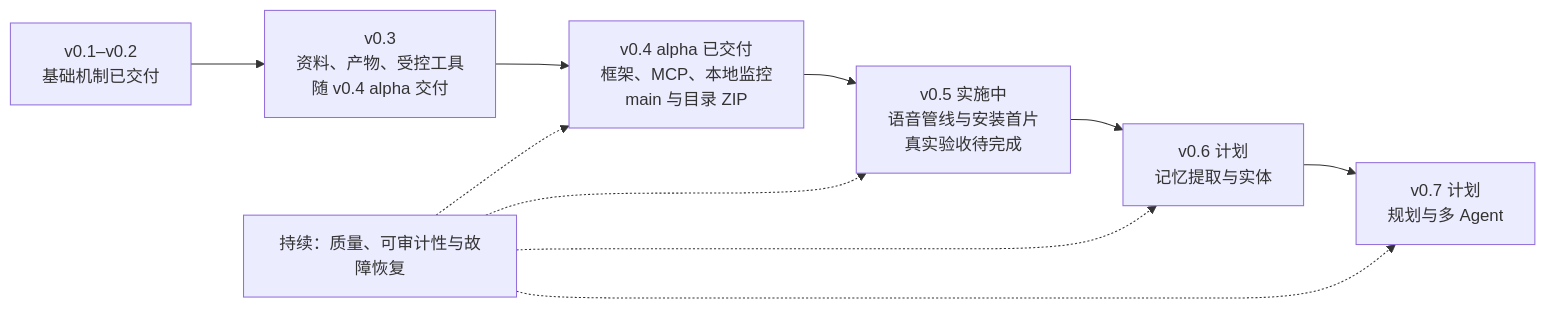
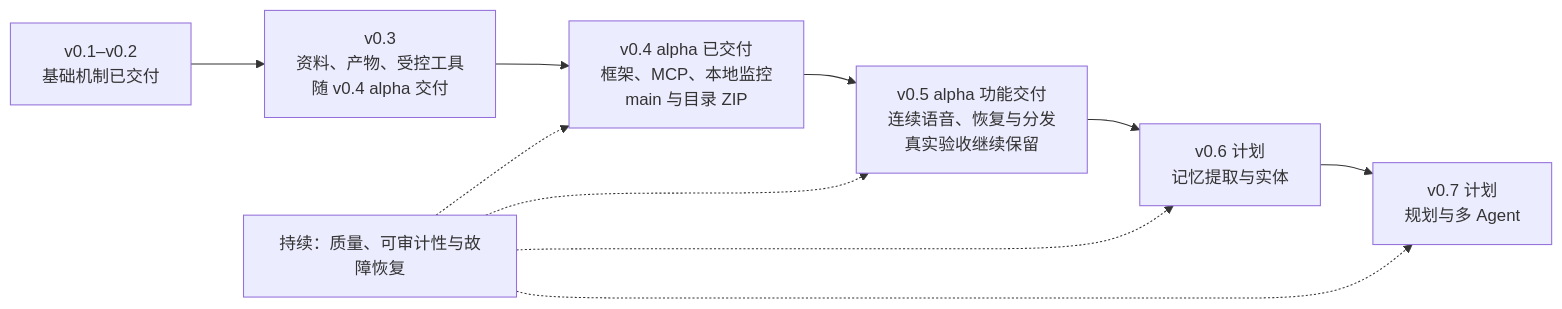
Before and after one commit to MuzeAnisichael/GreatSage: the diagram in docs/roadmap.md, drawn with Mermaid. The commit also changed other lines of this file and 9 other files, not shown here.

````diff
--- a/docs/roadmap.md
+++ b/docs/roadmap.md
@@ -17,12 +17,12 @@
 ```mermaid
 flowchart LR
     A["v0.1–v0.2<br/>基础机制已交付"] --> B["v0.3<br/>资料、产物、受控工具<br/>随 v0.4 alpha 交付"]
     B --> C["v0.4 alpha 已交付<br/>框架、MCP、本地监控<br/>main 与目录 ZIP"]
-    C --> D["v0.5 实施中<br/>语音管线与安装首片<br/>真实验收待完成"]
+    C --> D["v0.5 alpha 功能交付<br/>连续语音、恢复与分发<br/>真实验收继续保留"]
     D --> E["v0.6 计划<br/>记忆提取与实体"]
     E --> F["v0.7 计划<br/>规划与多 Agent"]
     R["持续：质量、可审计性与故障恢复"] -.-> C
     R -.-> D
     R -.-> E
     R -.-> F
 ```
````
